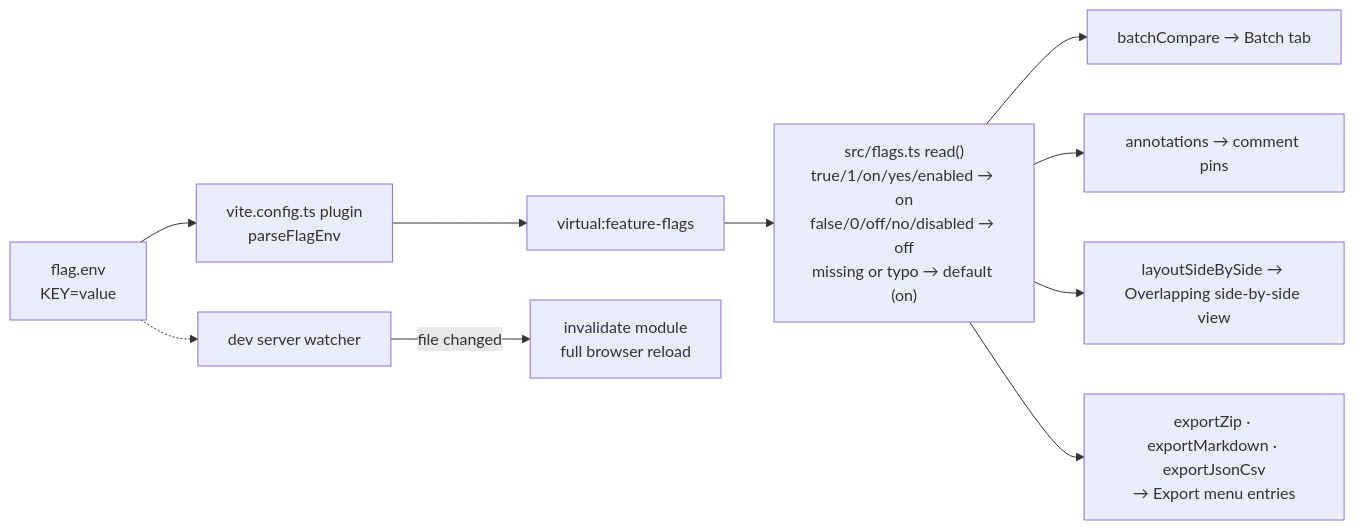
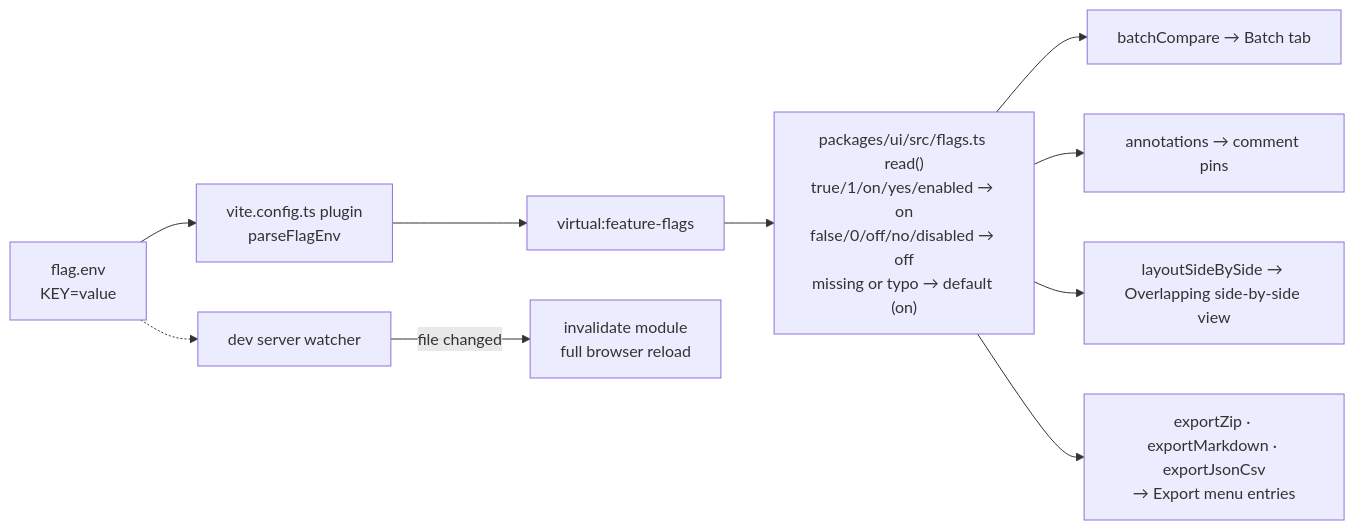
One commit to sid4861/pdf-testing-suite changed the third of 26 diagrams in docs/ARCHITECTURE.md. Above: the diagram before and after it, drawn with Mermaid. The commit also changed other lines of this file and 345 other files, not shown here.

````diff
--- a/docs/ARCHITECTURE.md
+++ b/docs/ARCHITECTURE.md
@@ -132,12 +136,12 @@
 ```mermaid
 flowchart LR
   FE["flag.env<br/>KEY=value"] --> VP["vite.config.ts plugin<br/>parseFlagEnv"]
   VP --> VM["virtual:feature-flags"]
-  VM --> FT["src/flags.ts read()<br/>true/1/on/yes/enabled → on<br/>false/0/off/no/disabled → off<br/>missing or typo → default (on)"]
+  VM --> FT["packages/ui/src/flags.ts read()<br/>true/1/on/yes/enabled → on<br/>false/0/off/no/disabled → off<br/>missing or typo → default (on)"]
   FT --> G1["batchCompare → Batch tab"]
   FT --> G2["annotations → comment pins"]
   FT --> G3["layoutSideBySide → Overlapping side-by-side view"]
   FT --> G4["exportZip · exportMarkdown · exportJsonCsv<br/>→ Export menu entries"]
   FE -.-> W["dev server watcher"]
   W -->|"file changed"| INV["invalidate module<br/>full browser reload"]
 ```
````
